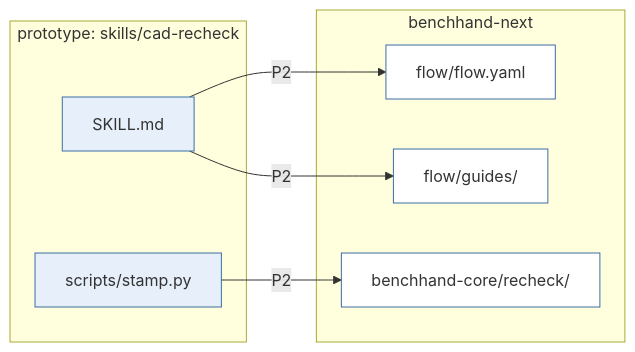
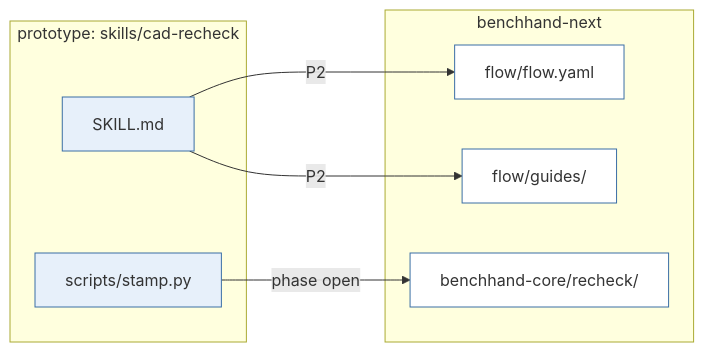
The tenth of 17 diagrams in docs/architecture/function-map.md (benchhand/benchhand-next), drawn with Mermaid before and after one commit. The commit also changed other lines of this file and 1 other file, not shown here.

Commit message:
docs(architecture): mark the partly ported prototype files partial, drop the replaced YAML loader, map snapshot capture to Phase 2, and leave work and recheck without a phase

````diff
--- a/docs/architecture/function-map.md
+++ b/docs/architecture/function-map.md
@@ -734,26 +743,26 @@
 ```mermaid
 flowchart LR
     subgraph prototype["prototype: skills/cad-recheck"]
         p0["SKILL.md"]
         p1["scripts/stamp.py"]
     end
     subgraph next["benchhand-next"]
         h0["flow/flow.yaml"]
         h1["flow/guides/"]
         h2["benchhand-core/recheck/"]
     end
     p0 -->|"P2"| h0
     p0 -->|"P2"| h1
-    p1 -->|"P2"| h2
+    p1 -->|"phase open"| h2
     class p0 planned
     class p1 planned
     class h0 home
     class h1 home
     class h2 home
     classDef ported fill:#d8f3dc,stroke:#2d6a4f
     classDef partial fill:#f1faf3,stroke:#2d6a4f,stroke-width:2px,stroke-dasharray: 6 3
     classDef inprogress fill:#fff3bf,stroke:#b08900
     classDef planned fill:#e7f0fa,stroke:#3a6ea5
     classDef dropped fill:#eeeeee,stroke:#888888,stroke-dasharray: 4 3,color:#666666
     classDef home fill:#ffffff,stroke:#3a6ea5
 ```
````
